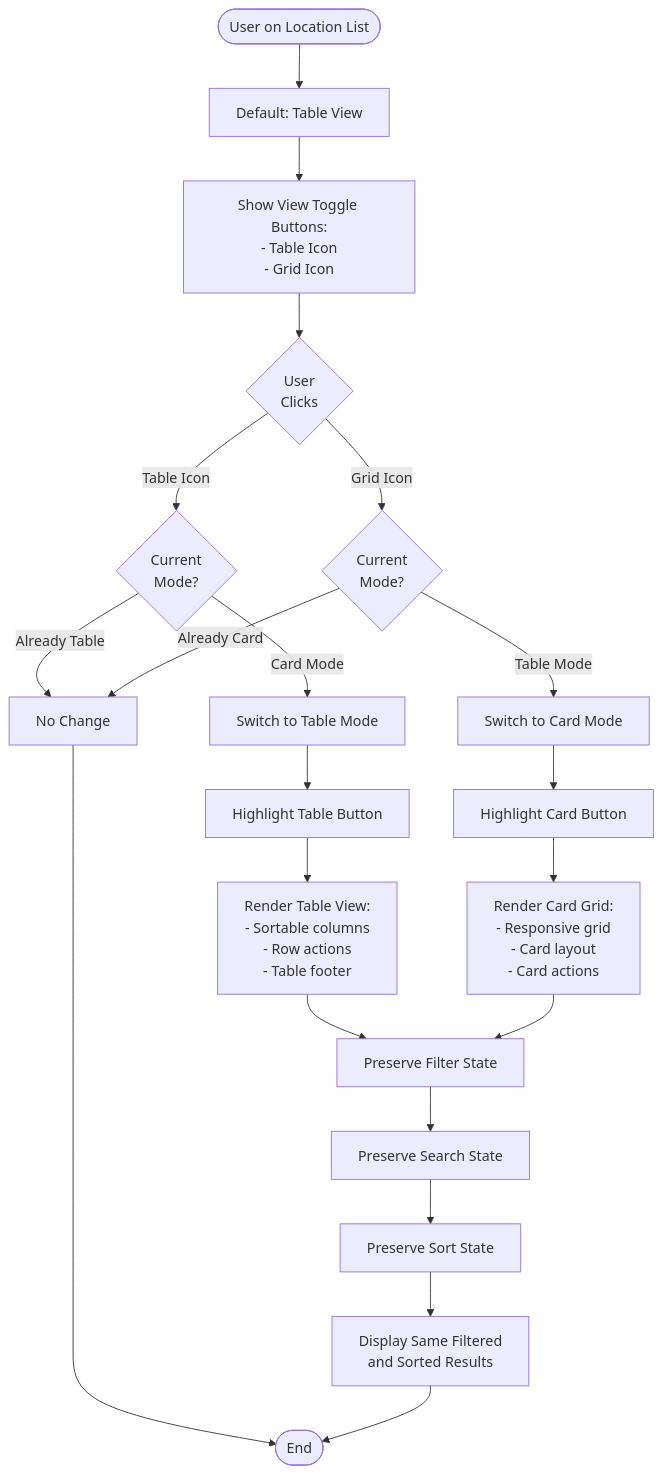
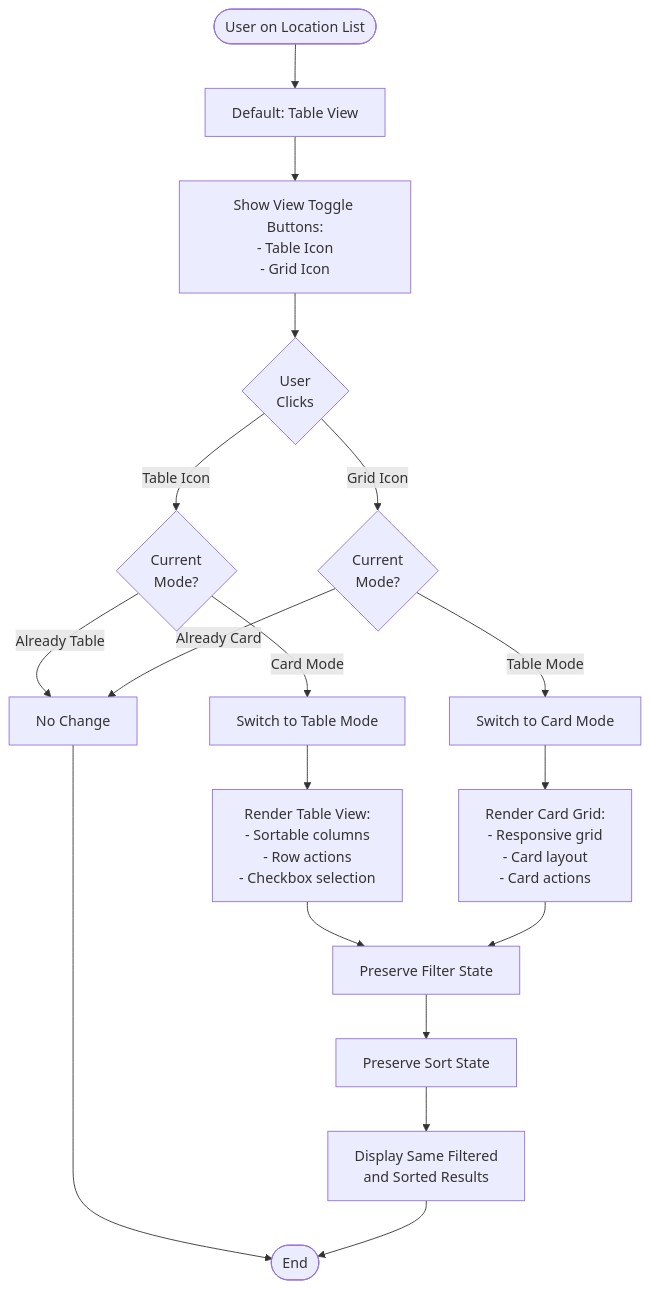
One commit to CarmenSoftware-organization/carmen changed the seventh of 12 diagrams in docs/app/system-administration/location-management/FD-location-management.md. Above: the diagram before and after it, drawn with Mermaid. The commit also changed other lines of this file and 1788 other files, not shown here.

````diff
--- a/docs/app/system-administration/location-management/FD-location-management.md
+++ b/docs/app/system-administration/location-management/FD-location-management.md
@@ -290,29 +234,26 @@
 ```mermaid
 flowchart TD
     Start([User on Location List]) --> DefaultView[Default: Table View]
     DefaultView --> ShowToggle[Show View Toggle Buttons:<br/>- Table Icon<br/>- Grid Icon]
 
     ShowToggle --> UserClick{User<br/>Clicks}
 
     UserClick -->|Table Icon| IsTable{Current<br/>Mode?}
     IsTable -->|Already Table| NoChange[No Change]
     NoChange --> End([End])
 
     IsTable -->|Card Mode| SwitchToTable[Switch to Table Mode]
-    SwitchToTable --> UpdateTableButton[Highlight Table Button]
-    UpdateTableButton --> ShowTableView[Render Table View:<br/>- Sortable columns<br/>- Row actions<br/>- Table footer]
-    ShowTableView --> PreserveData1
+    SwitchToTable --> ShowTableView[Render Table View:<br/>- Sortable columns<br/>- Row actions<br/>- Checkbox selection]
+    ShowTableView --> PreserveState
 
     UserClick -->|Grid Icon| IsCard{Current<br/>Mode?}
     IsCard -->|Already Card| NoChange
 
     IsCard -->|Table Mode| SwitchToCard[Switch to Card Mode]
-    SwitchToCard --> UpdateCardButton[Highlight Card Button]
-    UpdateCardButton --> ShowCardView[Render Card Grid:<br/>- Responsive grid<br/>- Card layout<br/>- Card actions]
-    ShowCardView --> PreserveData1[Preserve Filter State]
+    SwitchToCard --> ShowCardView[Render Card Grid:<br/>- Responsive grid<br/>- Card layout<br/>- Card actions]
+    ShowCardView --> PreserveState[Preserve Filter State]
 
-    PreserveData1 --> PreserveData2[Preserve Search State]
-    PreserveData2 --> PreserveData3[Preserve Sort State]
-    PreserveData3 --> ShowSameData[Display Same Filtered<br/>and Sorted Results]
+    PreserveState --> PreserveSort[Preserve Sort State]
+    PreserveSort --> ShowSameData[Display Same Filtered<br/>and Sorted Results]
     ShowSameData --> End
 ```
````
